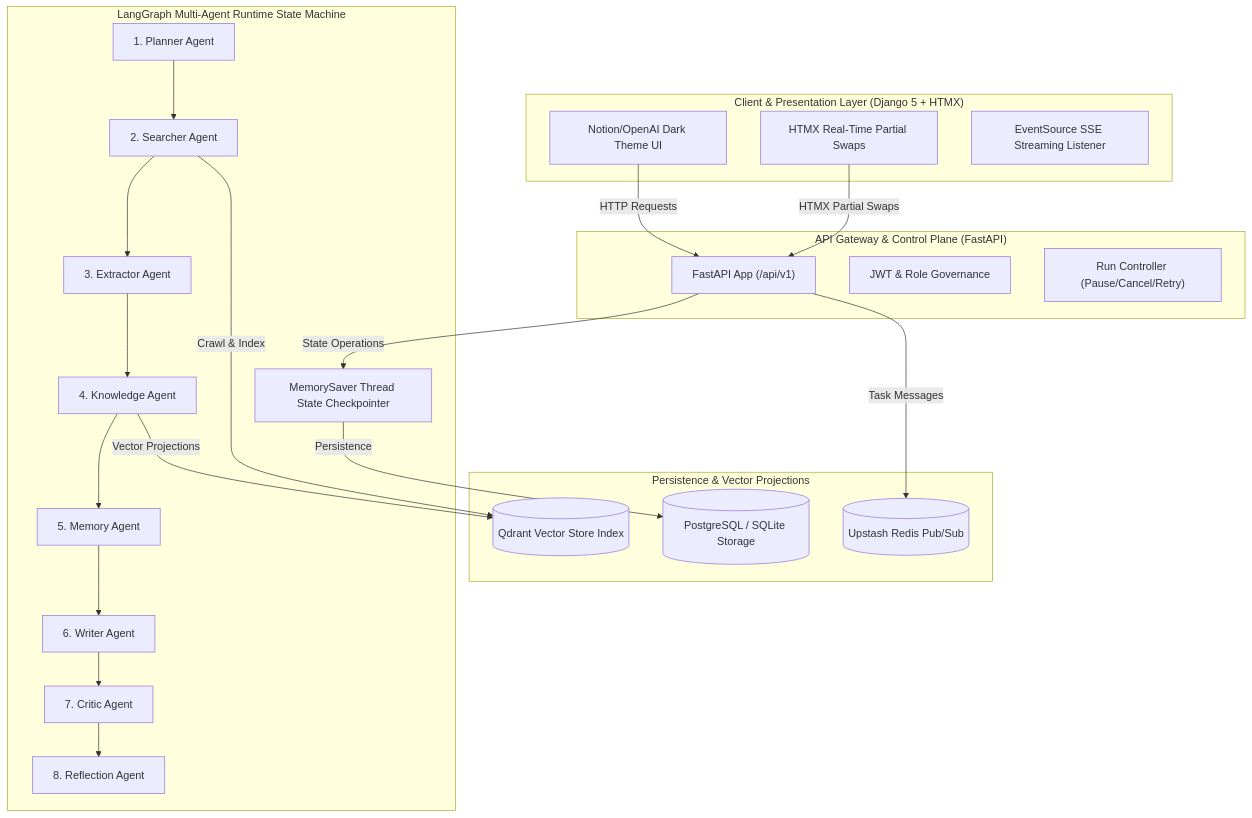
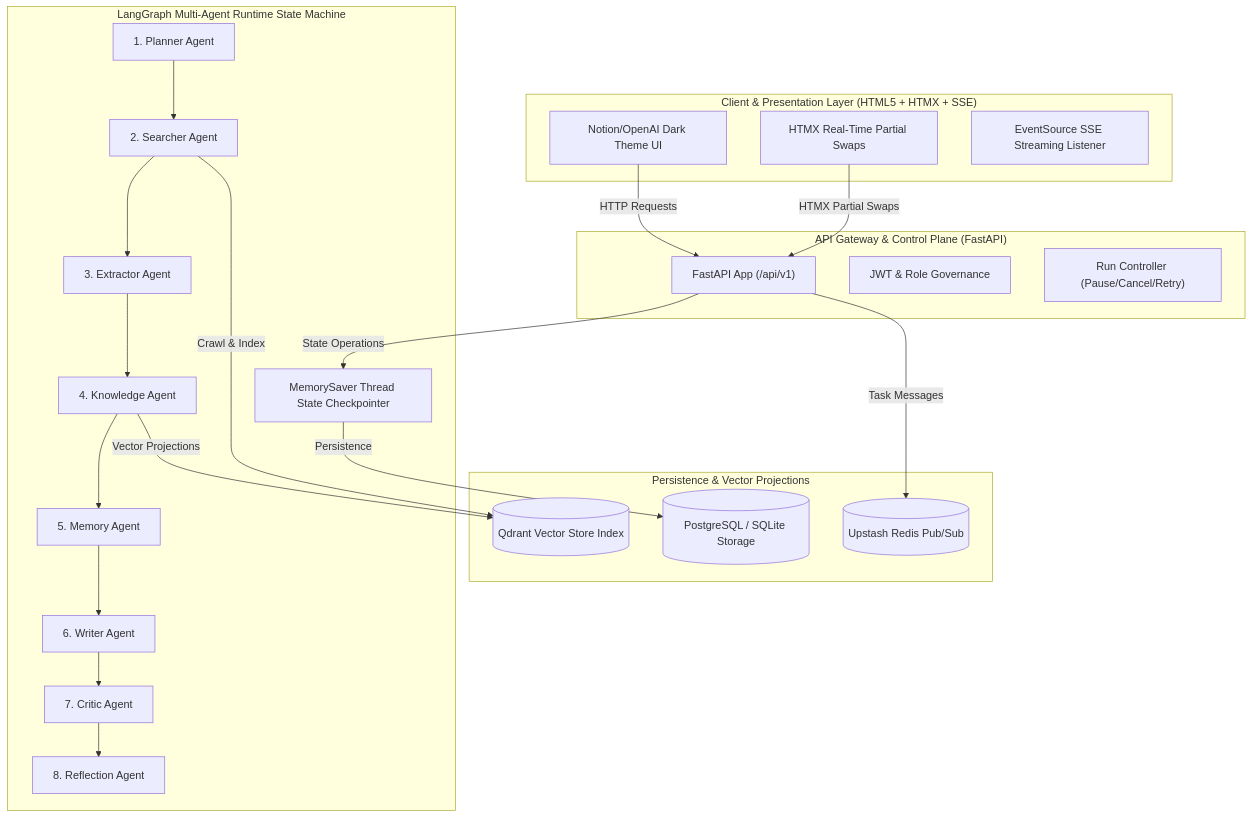
One commit to Pranavj16/DeepResearch_OS changed the first of 2 diagrams in README.md. Above: the diagram before and after it, drawn with Mermaid. The commit also changed other lines of this file and 1 other file, not shown here.

Commit message:
docs: clarify presentation layer architecture in README and render.yaml

````diff
--- a/README.md
+++ b/README.md
@@ -11,40 +11,40 @@
 ```mermaid
 graph TD
-    subgraph Client Layer ["Client & Presentation Layer (Django 5 + HTMX)"]
+    subgraph Client Layer ["Client & Presentation Layer (HTML5 + HTMX + SSE)"]
         UI["Notion/OpenAI Dark Theme UI"]
         HTMX["HTMX Real-Time Partial Swaps"]
         SSE_Client["EventSource SSE Streaming Listener"]
     end
 
     subgraph API Layer ["API Gateway & Control Plane (FastAPI)"]
         API["FastAPI App (/api/v1)"]
         Auth["JWT & Role Governance"]
         Control["Run Controller (Pause/Cancel/Retry)"]
     end
 
     subgraph Engine Layer ["LangGraph Multi-Agent Runtime State Machine"]
         State["MemorySaver Thread State Checkpointer"]
         
         A1["1. Planner Agent"] --> A2["2. Searcher Agent"]
         A2 --> A3["3. Extractor Agent"]
         A3 --> A4["4. Knowledge Agent"]
         A4 --> A5["5. Memory Agent"]
         A5 --> A6["6. Writer Agent"]
         A6 --> A7["7. Critic Agent"]
         A7 --> A8["8. Reflection Agent"]
     end
 
     subgraph Data & Storage Layer ["Persistence & Vector Projections"]
         DB[(PostgreSQL / SQLite Storage)]
         Redis[(Upstash Redis Pub/Sub)]
         Qdrant[(Qdrant Vector Store Index)]
     end
 
     UI -->|HTTP Requests| API
     HTMX -->|HTMX Partial Swaps| API
     API -->|State Operations| State
     API -->|Task Messages| Redis
     A2 -->|Crawl & Index| Qdrant
     A4 -->|Vector Projections| Qdrant
     State -->|Persistence| DB
 ```
````
